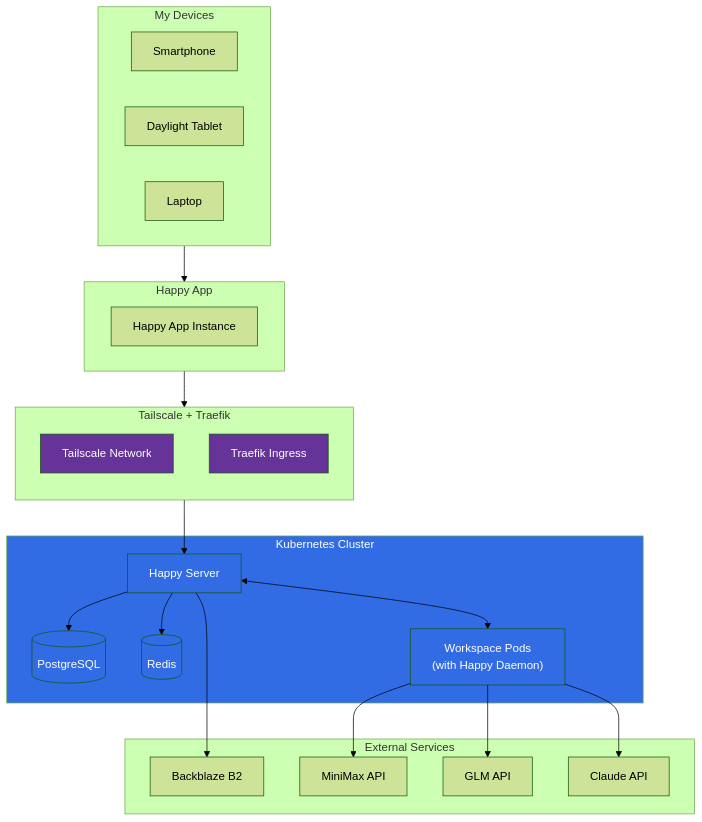
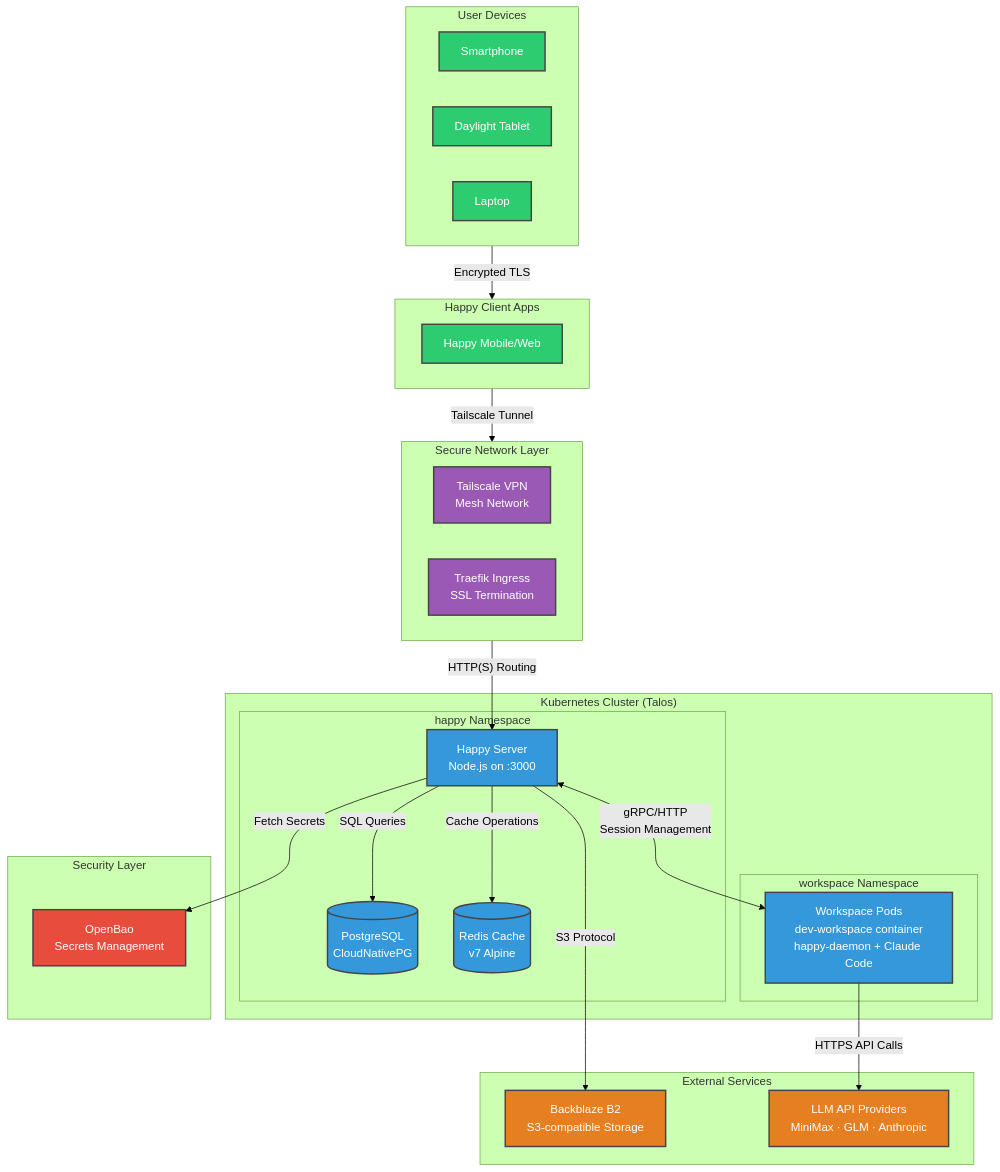
One commit to denysvitali/denvit-blog changed the diagram in content/posts/im-happy-engineer-now.md. Above: the diagram before and after it, drawn with Mermaid (forest theme). The commit also changed other lines of this file, not shown here.

First line of the commit message:
docs: comprehensive Happy post improvements

````diff
--- a/content/posts/im-happy-engineer-now.md
+++ b/content/posts/im-happy-engineer-now.md
@@ -109,48 +139,59 @@
 ```mermaid
 graph TB
-    subgraph Devices[My Devices]
+    subgraph Devices["User Devices"]
         D1[Smartphone]
         D2[Daylight Tablet]
         D3[Laptop]
     end
 
-    subgraph HappyApp[Happy App]
-        HA[Happy App Instance]
+    subgraph HappyClient["Happy Client Apps"]
+        HA[Happy Mobile/Web]
     end
 
-    subgraph Network[Tailscale + Traefik]
-        direction TB
-        TS[Tailscale Network]
-        TR[Traefik Ingress]
+    subgraph Network["Secure Network Layer"]
+        TS[Tailscale VPN<br/>Mesh Network]
+        TR[Traefik Ingress<br/>SSL Termination]
     end
 
-    subgraph K8s[Kubernetes Cluster]
-        S["Happy Server"]
-        DB[(PostgreSQL)]
-        R[(Redis)]
-        W["Workspace Pods<br/>(with Happy Daemon)"]
+    subgraph K8s["Kubernetes Cluster (Talos)"]
+        subgraph HappyNamespace["happy Namespace"]
+            S[Happy Server<br/>Node.js on :3000]
+            DB[(PostgreSQL<br/>CloudNativePG)]
+            R[(Redis Cache<br/>v7 Alpine)]
+        end
+        subgraph WorkspaceNamespace["workspace Namespace"]
+            W[Workspace Pods<br/>dev-workspace container<br/>happy-daemon + Claude Code]
+        end
     end
 
-    subgraph External[External Services]
-        B2[Backblaze B2]
-        LLM1[MiniMax API]
-        LLM2[GLM API]
-        LLM3[Claude API]
+    subgraph External["External Services"]
+        B2[Backblaze B2<br/>S3-compatible Storage]
+        LLM[LLM API Providers<br/>MiniMax · GLM · Anthropic]
     end
 
-    Devices --> HappyApp
-    HappyApp --> Network
-    Network --> S
-    S --> DB
-    S --> R
-    S --> B2
-    S <--> W
-    W --> LLM1
-    W --> LLM2
-    W --> LLM3
+    subgraph Security["Security Layer"]
+        OB[OpenBao<br/>Secrets Management]
+    end
 
-    classDef tailscale fill:#663399,color:#fff
-    classDef k8s fill:#326CE5,color:#fff
-    class TS,TR tailscale
-    class K8s,S,DB,R,W k8s
+    Devices -->|"Encrypted TLS"| HappyClient
+    HappyClient -->|"Tailscale Tunnel"| Network
+    Network -->|"HTTP(S) Routing"| S
+    S -->|"SQL Queries"| DB
+    S -->|"Cache Operations"| R
+    S -->|"S3 Protocol"| B2
+    S <-->|"gRPC/HTTP<br/>Session Management"| W
+    W -->|"HTTPS API Calls"| LLM
+    S -->|"Fetch Secrets"| OB
+
+    classDef client fill:#2ecc71,stroke:#444,stroke-width:2px,color:#fff
+    classDef network fill:#9b59b6,stroke:#444,stroke-width:2px,color:#fff
+    classDef k8s fill:#3498db,stroke:#444,stroke-width:2px,color:#fff
+    classDef external fill:#e67e22,stroke:#444,stroke-width:2px,color:#fff
+    classDef security fill:#e74c3c,stroke:#444,stroke-width:2px,color:#fff
+
+    class D1,D2,D3,HA client
+    class TS,TR network
+    class S,DB,R,W k8s
+    class B2,LLM external
+    class OB security
 ```
````
